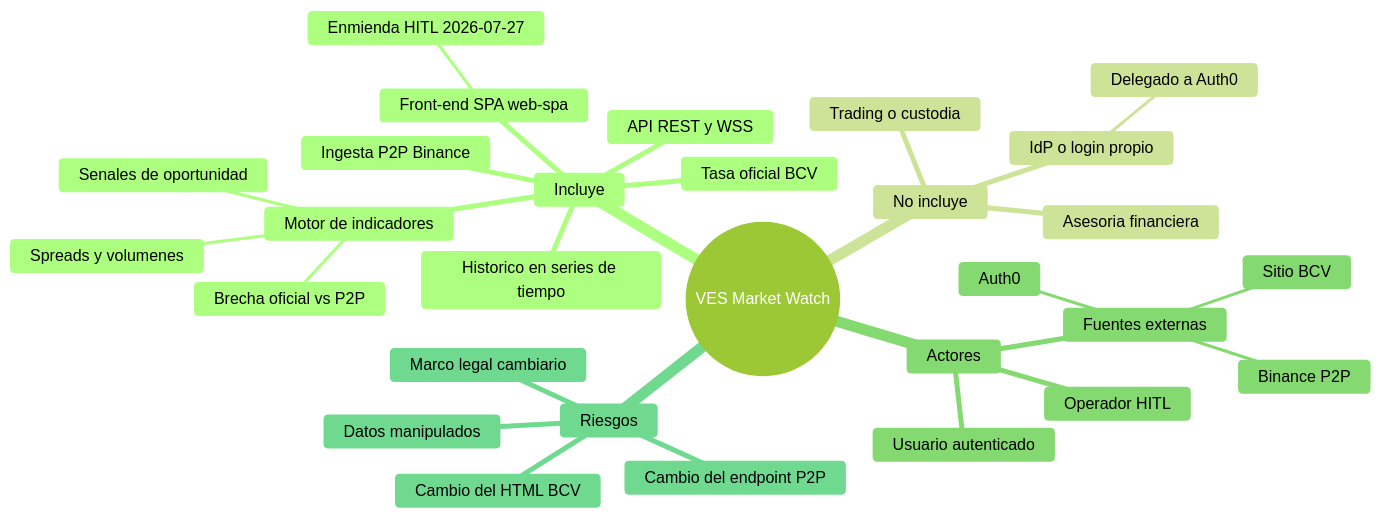
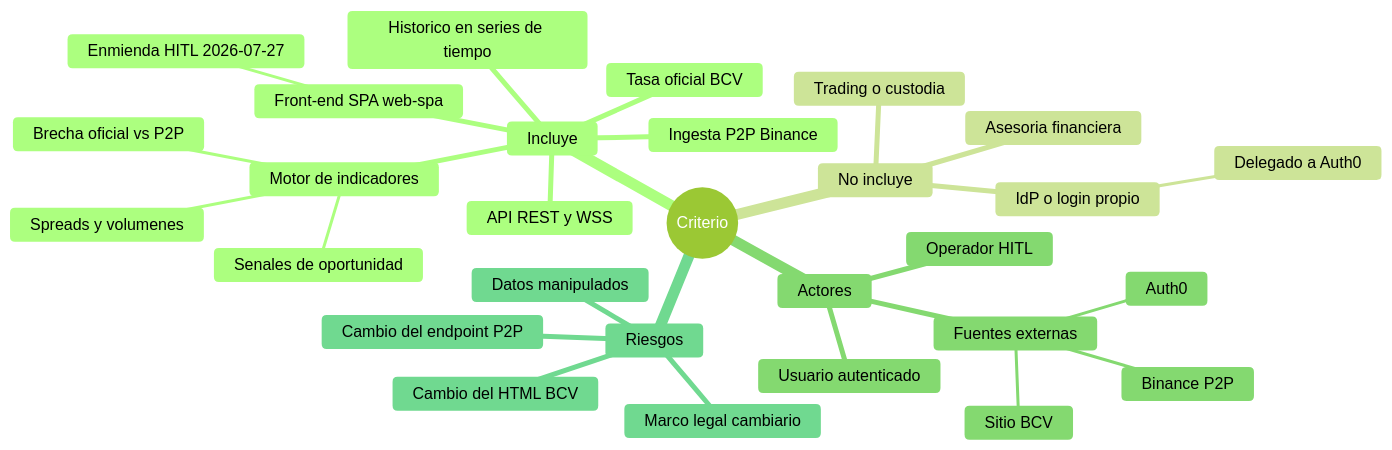
Before and after one commit to jeremialcala/ves-market-watch: the diagram in docs/00-project/charter.md, drawn with Mermaid (forest theme). The commit also changed other lines of this file and 23 other files, not shown here.

````diff
--- a/docs/00-project/charter.md
+++ b/docs/00-project/charter.md
@@ -46,32 +46,32 @@
 ```mermaid
 mindmap
-  root((VES Market Watch))
+  root((Criterio))
     Incluye
       Ingesta P2P Binance
       Tasa oficial BCV
       Motor de indicadores
         Brecha oficial vs P2P
         Spreads y volumenes
         Senales de oportunidad
       API REST y WSS
       Front-end SPA web-spa
         Enmienda HITL 2026-07-27
       Historico en series de tiempo
     No incluye
       Trading o custodia
       Asesoria financiera
       IdP o login propio
         Delegado a Auth0
     Actores
       Usuario autenticado
       Operador HITL
       Fuentes externas
         Binance P2P
         Sitio BCV
         Auth0
     Riesgos
       Cambio del endpoint P2P
       Cambio del HTML BCV
       Datos manipulados
       Marco legal cambiario
 ```
````
